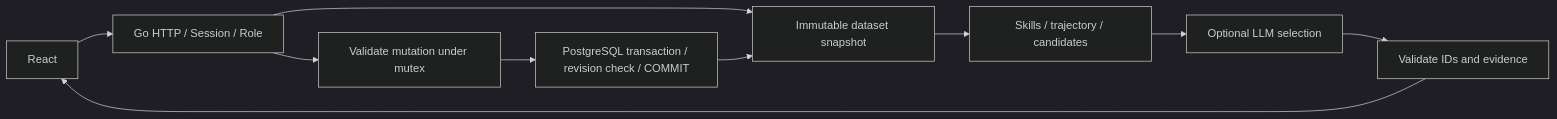
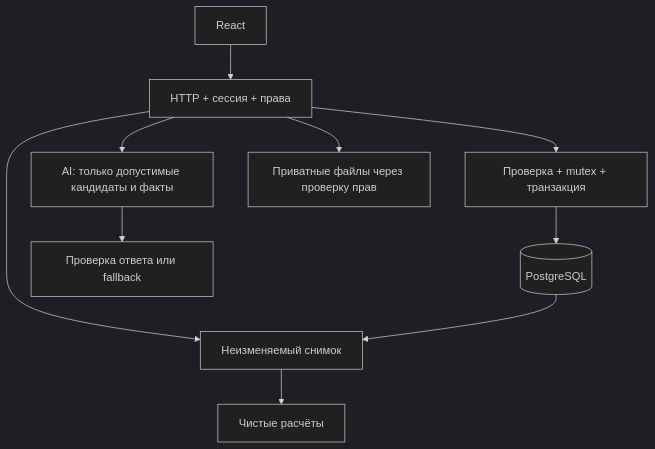
The diagram in docs/ARCHITECTURE.md (BAITC-Hacks/hack-4a947dc4-radivaiba), drawn with Mermaid (dark theme) before and after one commit. The commit also changed other lines of this file and 70 other files, not shown here.

````diff
--- a/docs/ARCHITECTURE.md
+++ b/docs/ARCHITECTURE.md
@@ -3,12 +7,12 @@
 ```mermaid
-flowchart LR
-  UI[React] --> HTTP[Go HTTP / Session / Role]
-  HTTP --> STORE[Immutable dataset snapshot]
-  STORE --> ENGINE[Skills / trajectory / candidates]
-  ENGINE --> LLM[Optional LLM selection]
-  LLM --> CHECK[Validate IDs and evidence]
-  CHECK --> UI
-  HTTP --> WRITE[Validate mutation under mutex]
-  WRITE --> DB[PostgreSQL transaction / revision check / COMMIT]
-  DB --> STORE
+flowchart TD
+  UI[React] --> HTTP[HTTP + сессия + права]
+  HTTP --> Read[Неизменяемый снимок]
+  Read --> Engine[Чистые расчёты]
+  HTTP --> Write[Проверка + mutex + транзакция]
+  Write --> PG[(PostgreSQL)]
+  PG --> Read
+  HTTP --> LLM[AI: только допустимые кандидаты и факты]
+  LLM --> Validate[Проверка ответа или fallback]
+  HTTP --> Evidence[Приватные файлы через проверку прав]
 ```
````
